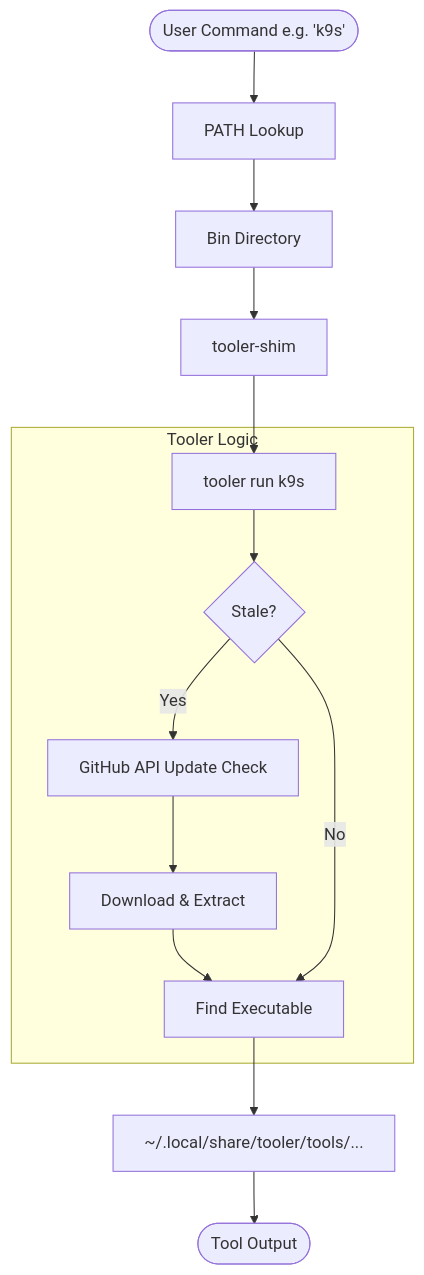
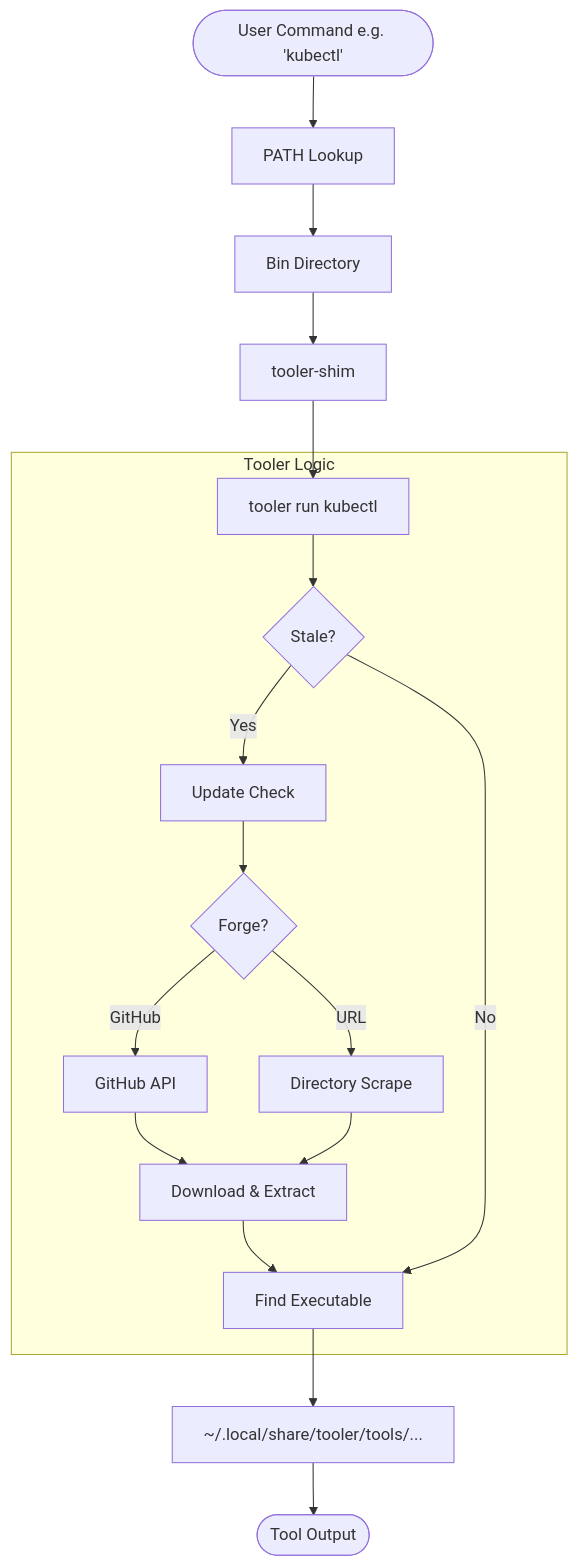
The diagram in README.md (morgaesis/tooler), drawn with Mermaid before and after one commit. The commit also changed other lines of this file and 9 other files, not shown here.

Commit message:
feat: add universal URL forge support and intelligent discovery

````diff
--- a/README.md
+++ b/README.md
@@ -19,18 +21,22 @@
 ```mermaid
 graph TD
-    User([User Command e.g. 'k9s']) --> Path[PATH Lookup]
+    User([User Command e.g. 'kubectl']) --> Path[PATH Lookup]
     Path --> BinDir[Bin Directory]
     BinDir --> ShimScript[tooler-shim]
-    ShimScript --> ToolerRun[tooler run k9s]
+    ShimScript --> ToolerRun[tooler run kubectl]
 
     subgraph Tooler Logic
         ToolerRun --> AgeCheck{Stale?}
-        AgeCheck -- Yes --> Update[GitHub API Update Check]
-        Update --> Download[Download & Extract]
+        AgeCheck -- Yes --> Update[Update Check]
+        Update --> Forge{Forge?}
+        Forge -- GitHub --> GH[GitHub API]
+        Forge -- URL --> Scrape[Directory Scrape]
+        GH --> Download
+        Scrape --> Download[Download & Extract]
         Download --> Exec
         AgeCheck -- No --> Exec[Find Executable]
     end
 
     Exec --> Binary[~/.local/share/tooler/tools/...]
     Binary --> Output([Tool Output])
 ```
````
